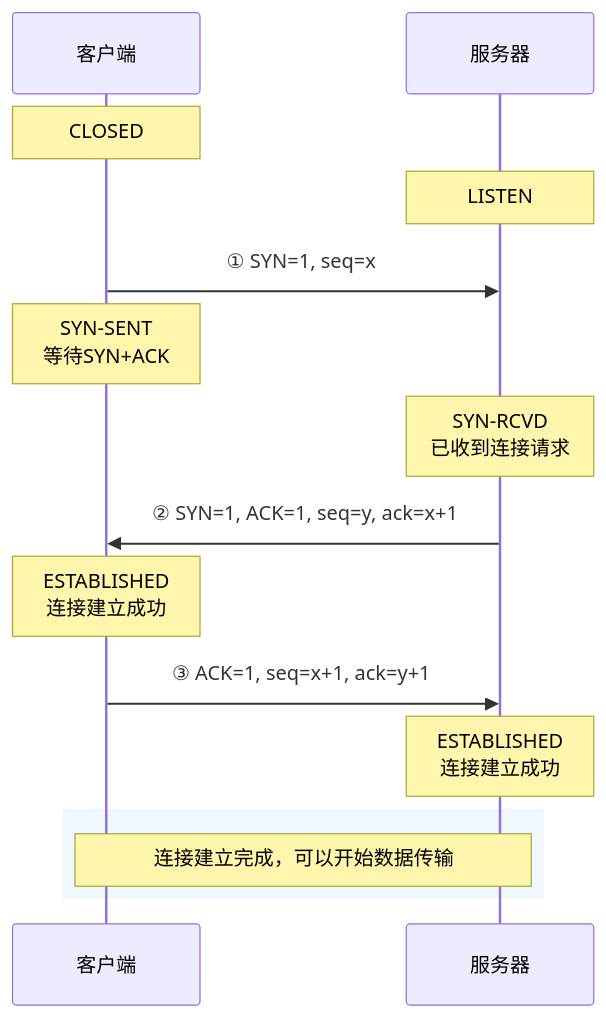
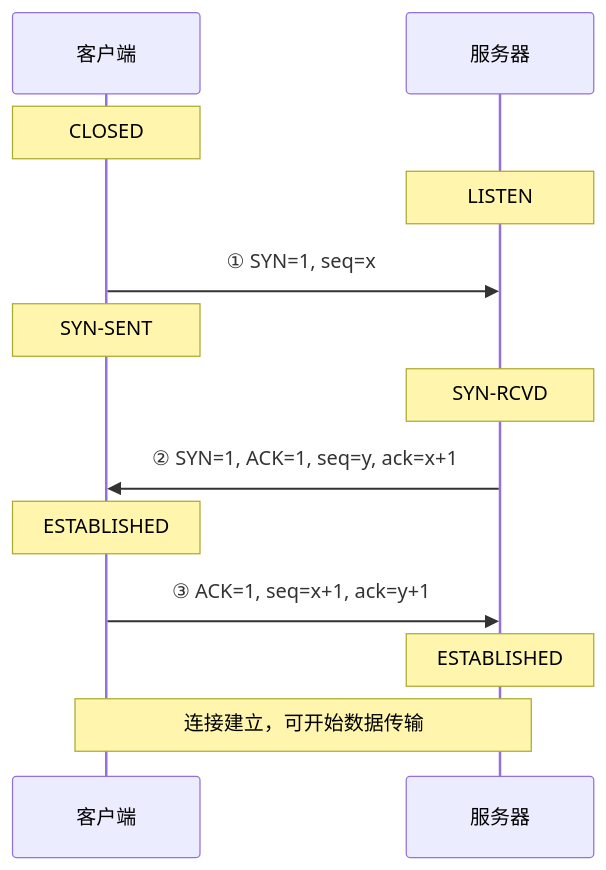
The second of 6 diagrams in 计算机网络/3.4传输层：TCP协议基础.md (Dtheme/CS-base), drawn with Mermaid before and after one commit. The commit also changed other lines of this file and 51 other files, not shown here.

````diff
--- a/计算机网络/3.4传输层：TCP协议基础.md
+++ b/计算机网络/3.4传输层：TCP协议基础.md
@@ -298,22 +278,15 @@
 ```mermaid
 sequenceDiagram
     participant C as 客户端
     participant S as 服务器
-    
     Note over C: CLOSED
     Note over S: LISTEN
-    
     C->>S: ① SYN=1, seq=x
-    Note over C: SYN-SENT<br/>等待SYN+ACK
-    Note over S: SYN-RCVD<br/>已收到连接请求
-    
+    Note over C: SYN-SENT
+    Note over S: SYN-RCVD
     S->>C: ② SYN=1, ACK=1, seq=y, ack=x+1
-    Note over C: ESTABLISHED<br/>连接建立成功
-    
+    Note over C: ESTABLISHED
     C->>S: ③ ACK=1, seq=x+1, ack=y+1
-    Note over S: ESTABLISHED<br/>连接建立成功
-    
-    rect rgb(240, 248, 255)
-        Note over C,S: 连接建立完成，可以开始数据传输
-    end
+    Note over S: ESTABLISHED
+    Note over C,S: 连接建立，可开始数据传输
 ```
````
